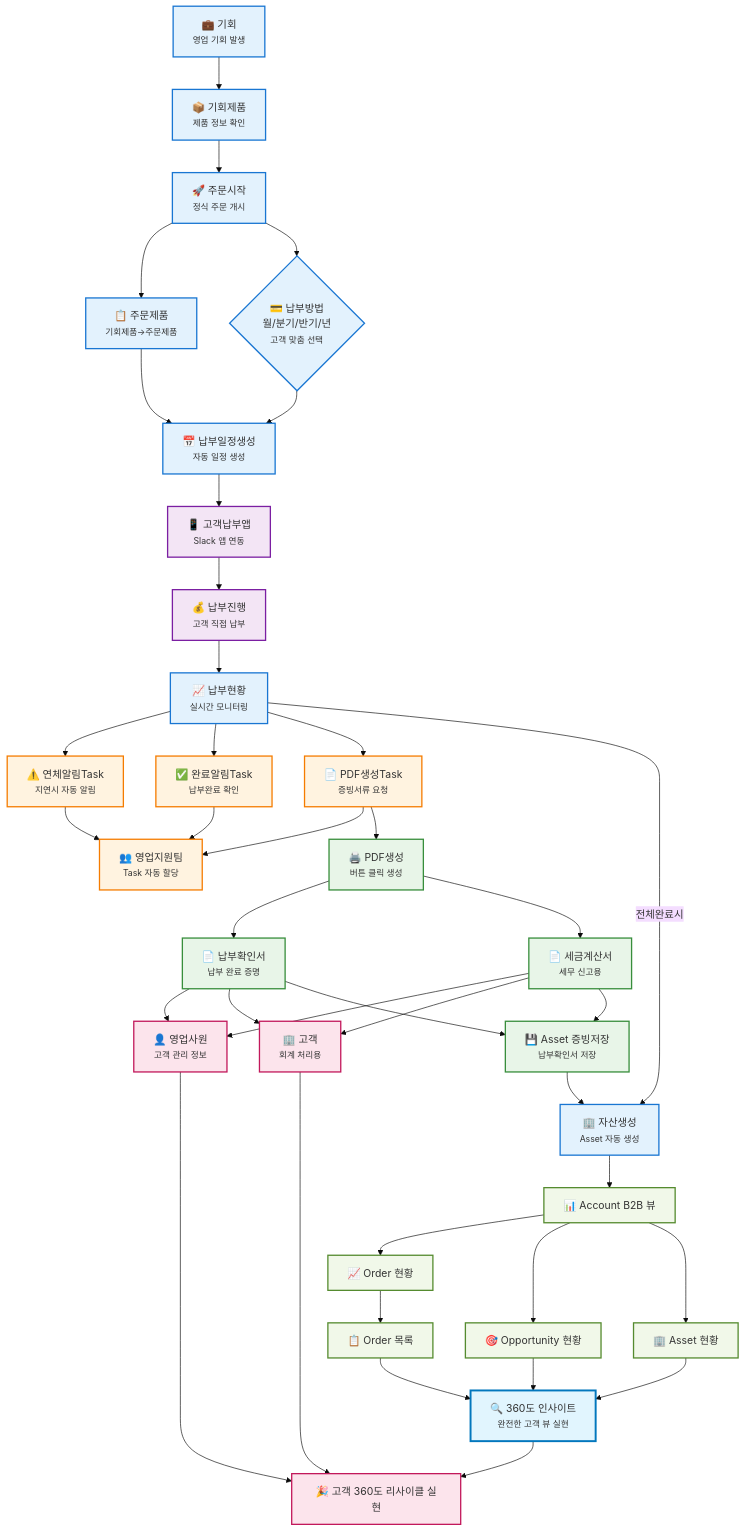
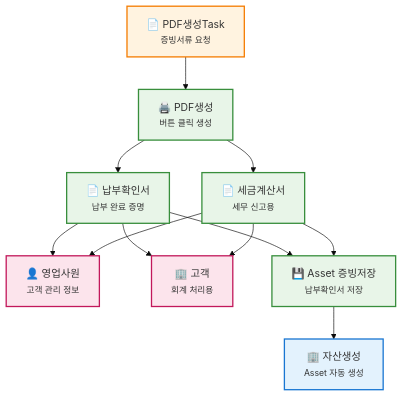
The fifth of 6 diagrams in README.md (MoonJH-2/MainOrgProject), drawn with Mermaid (base theme) before and after one commit.

Commit message:
fix: Mermaid 플로우차트 가독성 개선 - 4단계 분할 구조
🔧 문제 해결:
- 기존 복잡한 단일 플로우차트 → 4개 단계별 분할
- GitHub 화면 잘림 현상 완전 해결
- 각 단계별 명확한 제목과 설명 추가

📊 개선된 구조:
1. 영업 및 주문 프로세스 (7개 노드)
2. 납부 및 모니터링 프로세스 (7개 노드)
3. 문서 생성 및 자산 관리 프로세스 (8개 노드)
4. 360도 고객 뷰 및 인사이트 (8개 노드)

✅ 사용성 향상: 각 단계를 독립적으로 이해 가능
✅ 시각적 개선: 모든 노드가 화면에 완전히 표시
✅ 논리적 흐름: 비즈니스 프로세스 순서대로 배치

````diff
--- a/README.md
+++ b/README.md
@@ -77,26 +132,6 @@
 ```mermaid
 flowchart TD
-    A["💼 기회<br><small>영업 기회 발생</small>"] --> B["📦 기회제품<br><small>제품 정보 확인</small>"]
-    B --> C["🚀 주문시작<br><small>정식 주문 개시</small>"]
-    C --> D["📋 주문제품<br><small>기회제품→주문제품</small>"]
-    C --> E{"💳 납부방법<br>월/분기/반기/년<br><small>고객 맞춤 선택</small>"}
-    
-    D --> F["📅 납부일정생성<br><small>자동 일정 생성</small>"]
-    E --> F
-    
-    F --> G["📱 고객납부앱<br><small>Slack 앱 연동</small>"]
-    G --> H["💰 납부진행<br><small>고객 직접 납부</small>"]
-    H --> I["📈 납부현황<br><small>실시간 모니터링</small>"]
-    
-    I --> J["⚠️ 연체알림Task<br><small>지연시 자동 알림</small>"]
-    I --> K["✅ 완료알림Task<br><small>납부완료 확인</small>"]
-    I --> L["📄 PDF생성Task<br><small>증빙서류 요청</small>"]
-    
-    J --> M["👥 영업지원팀<br><small>Task 자동 할당</small>"]
-    K --> M
-    L --> M
-    
-    L --> O["🖨️ PDF생성<br><small>버튼 클릭 생성</small>"]
+    L["📄 PDF생성Task<br><small>증빙서류 요청</small>"] --> O["🖨️ PDF생성<br><small>버튼 클릭 생성</small>"]
     
     O --> P["📄 납부확인서<br><small>납부 완료 증명</small>"]
     O --> Q["📄 세금계산서<br><small>세무 신고용</small>"]
@@ -109,60 +144,20 @@
     Q --> S
     Q --> AssetDoc
     
-    I --> |전체완료시| N["🏢 자산생성<br><small>Asset 자동 생성</small>"]
-    AssetDoc --> N
-    
-    N --> AccountB2B["📊 Account B2B 뷰"]
-    
-    AccountB2B --> OrderStatus["📈 Order 현황"]
-    AccountB2B --> OpportunityStatus["🎯 Opportunity 현황"]
-    AccountB2B --> AssetStatus["🏢 Asset 현황"]
-    
-    OrderStatus --> OrderList["📋 Order 목록"]
-    OrderList --> Insight360["🔍 360도 인사이트<br><small>완전한 고객 뷰 실현</small>"]
-    
-    OpportunityStatus --> Insight360
-    AssetStatus --> Insight360
-    
-    R --> T["🎉 고객 360도 리사이클 실현"]
-    S --> T
-    Insight360 --> T
+    AssetDoc --> N["🏢 자산생성<br><small>Asset 자동 생성</small>"]
     
     %% 스타일 정의
-    A:::main
-    B:::main
-    C:::main
-    D:::main
-    E:::main
-    F:::main
-    G:::customer
-    H:::customer
-    I:::main
-    J:::task
-    K:::task
     L:::task
-    M:::task
     O:::pdf
-    N:::main
     P:::pdf
     Q:::pdf
     R:::people
     S:::people
     AssetDoc:::pdf
-    AccountB2B:::b2b
-    OrderStatus:::b2b
-    OpportunityStatus:::b2b
-    AssetStatus:::b2b
-    OrderList:::b2b
-    Insight360:::insight
-    T:::people
+    N:::main
     
-    %% 클래스 스타일 정의
-    classDef main fill:#e3f2fd,stroke:#1976d2,stroke-width:2px
-    classDef customer fill:#f3e5f5,stroke:#7b1fa2,stroke-width:2px
     classDef task fill:#fff3e0,stroke:#f57c00,stroke-width:2px
     classDef pdf fill:#e8f5e8,stroke:#388e3c,stroke-width:2px
     classDef people fill:#fce4ec,stroke:#c2185b,stroke-width:2px
-    classDef b2b fill:#f1f8e9,stroke:#558b2f,stroke-width:2px
-    classDef insight fill:#e1f5fe,stroke:#0277bd,stroke-width:3px
+    classDef main fill:#e3f2fd,stroke:#1976d2,stroke-width:2px
 ```
````
